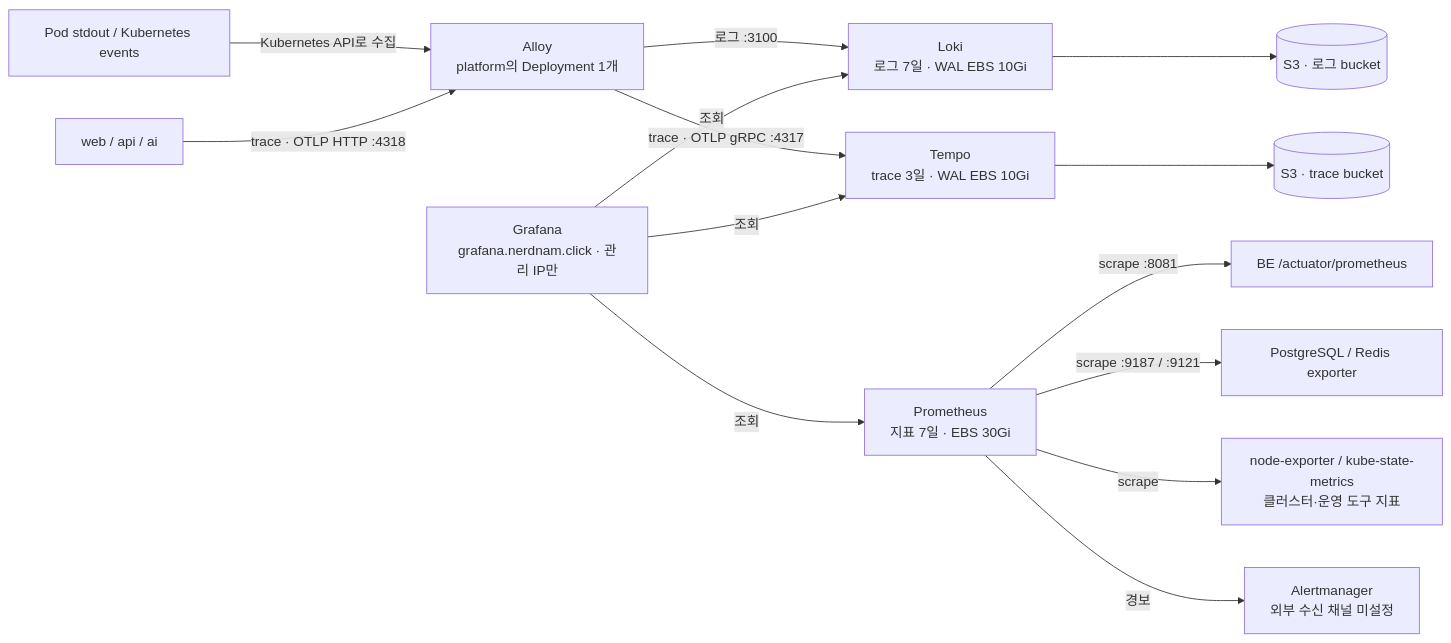
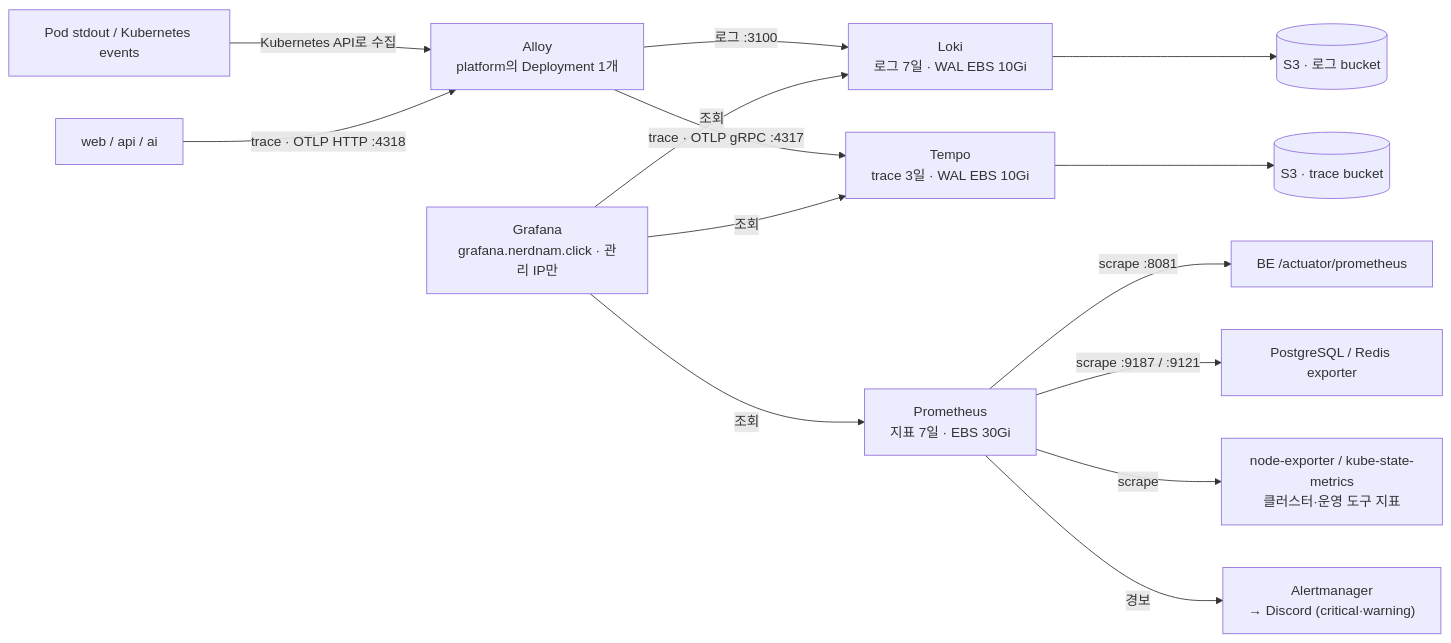
Before and after one commit to nerd-nam/INFRA-nerdnam: the third of 3 diagrams in docs/인프라-아키텍처.md, drawn with Mermaid. The commit also changed other lines of this file and 7 other files, not shown here.

First line of the commit message:
feat(alerts): Alertmanager → Discord 웹훅 (critical·warning)

````diff
--- a/docs/인프라-아키텍처.md
+++ b/docs/인프라-아키텍처.md
@@ -110,16 +110,16 @@
 ```mermaid
 flowchart LR
   PR["Prometheus\n지표 7일 · EBS 30Gi"] -->|"scrape :8081"| API["BE /actuator/prometheus"]
   PR -->|"scrape :9187 / :9121"| EX["PostgreSQL / Redis exporter"]
   PR -->|"scrape"| KS["node-exporter / kube-state-metrics\n클러스터·운영 도구 지표"]
-  PR -->|"경보"| AM["Alertmanager\n외부 수신 채널 미설정"]
+  PR -->|"경보"| AM["Alertmanager\n→ Discord (critical·warning)"]
   POD["Pod stdout / Kubernetes events"] -->|"Kubernetes API로 수집"| AL["Alloy\nplatform의 Deployment 1개"]
   APP["web / api / ai"] -->|"trace · OTLP HTTP :4318"| AL
   AL -->|"로그 :3100"| LK["Loki\n로그 7일 · WAL EBS 10Gi"]
   AL -->|"trace · OTLP gRPC :4317"| TP["Tempo\ntrace 3일 · WAL EBS 10Gi"]
   LK --> LS[("S3 · 로그 bucket")]
   TP --> TS[("S3 · trace bucket")]
   GF["Grafana\ngrafana.nerdnam.click · 관리 IP만"] -->|"조회"| PR
   GF -->|"조회"| LK
   GF -->|"조회"| TP
 ```
````
